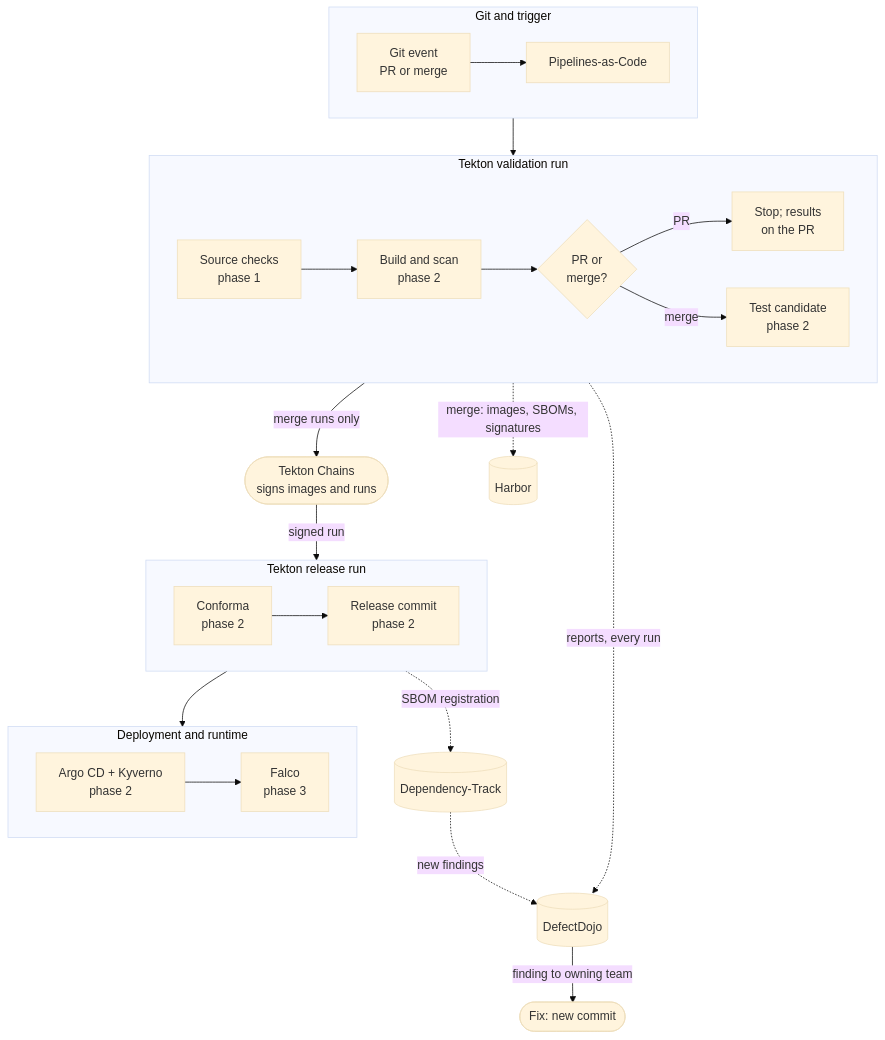
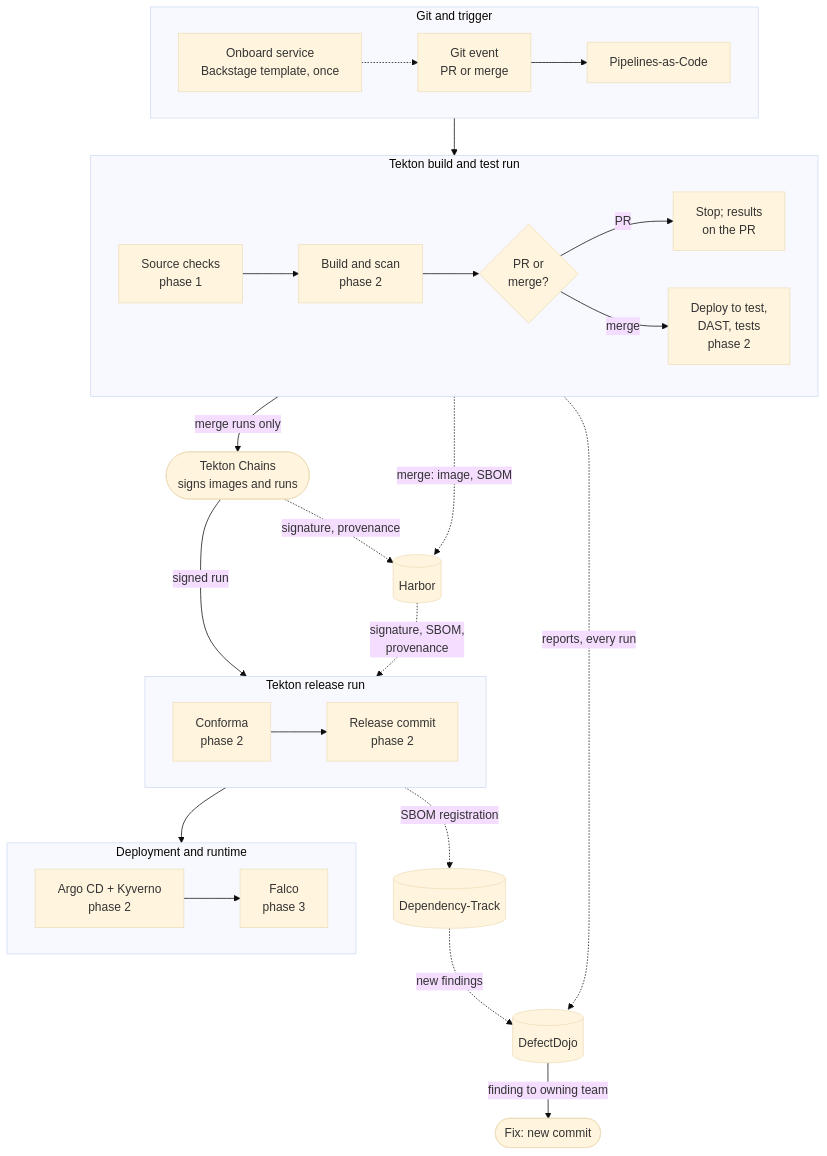
The first of 7 diagrams in content/en/docs/reference-architectures/open-source-ssdf-cicd.md (andymotta/Platform-Engineering), drawn with Mermaid (base theme) before and after one commit. The commit also changed other lines of this file, not shown here.

First line of the commit message:
docs: revise the open source SSDF reference architecture

````diff
--- a/content/en/docs/reference-architectures/open-source-ssdf-cicd.md
+++ b/content/en/docs/reference-architectures/open-source-ssdf-cicd.md
@@ -27,34 +27,36 @@
 ```mermaid
 flowchart TB
     subgraph GIT["Git and trigger"]
         direction LR
-        G["Git event<br/>PR or merge"] --> PAC["Pipelines-as-Code"]
+        O["Onboard service<br/>Backstage template, once"] -.-> G["Git event<br/>PR or merge"] --> PAC["Pipelines-as-Code"]
     end
-    subgraph VAL["Tekton validation run"]
+    subgraph BT["Tekton build and test run"]
         direction LR
         V1["Source checks<br/>phase 1"] --> V2["Build and scan<br/>phase 2"] --> Q{"PR or<br/>merge?"}
         Q -->|PR| PRX["Stop; results<br/>on the PR"]
-        Q -->|merge| V3["Test candidate<br/>phase 2"]
+        Q -->|merge| V3["Deploy to test,<br/>DAST, tests<br/>phase 2"]
     end
     C(["Tekton Chains<br/>signs images and runs"])
     subgraph REL["Tekton release run"]
         direction LR
         R1["Conforma<br/>phase 2"] --> R2["Release commit<br/>phase 2"]
     end
     subgraph RUN["Deployment and runtime"]
         direction LR
         D1["Argo CD + Kyverno<br/>phase 2"] --> D2["Falco<br/>phase 3"]
     end
     H[("Harbor")]
     DD[("DefectDojo")]
     DT[("Dependency-Track")]
-    GIT --> VAL
-    V3 -->|merge runs only| C
+    GIT --> BT
+    BT -->|merge runs only| C
     C -->|signed run| REL
+    H -.->|signature, SBOM,<br/>provenance| REL
     REL --> RUN
-    VAL -.->|merge: images, SBOMs, signatures| H
-    VAL -.->|reports, every run| DD
+    BT -.->|merge: image, SBOM| H
+    C -.->|signature, provenance| H
+    BT -.->|reports, every run| DD
     REL -.->|SBOM registration| DT
     DT -.->|new findings| DD
     DD -->|finding to owning team| FIX(["Fix: new commit"])
 ```
````
